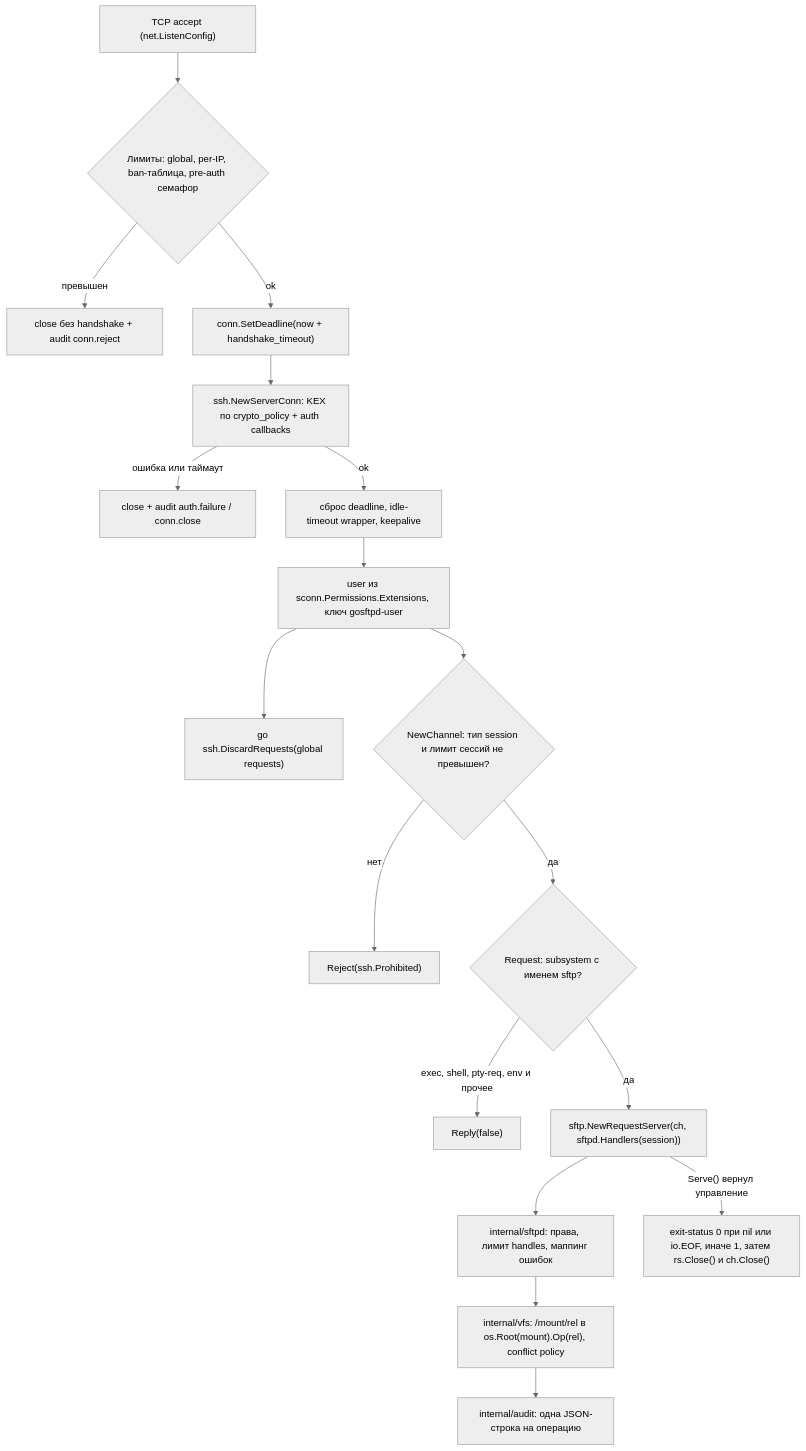
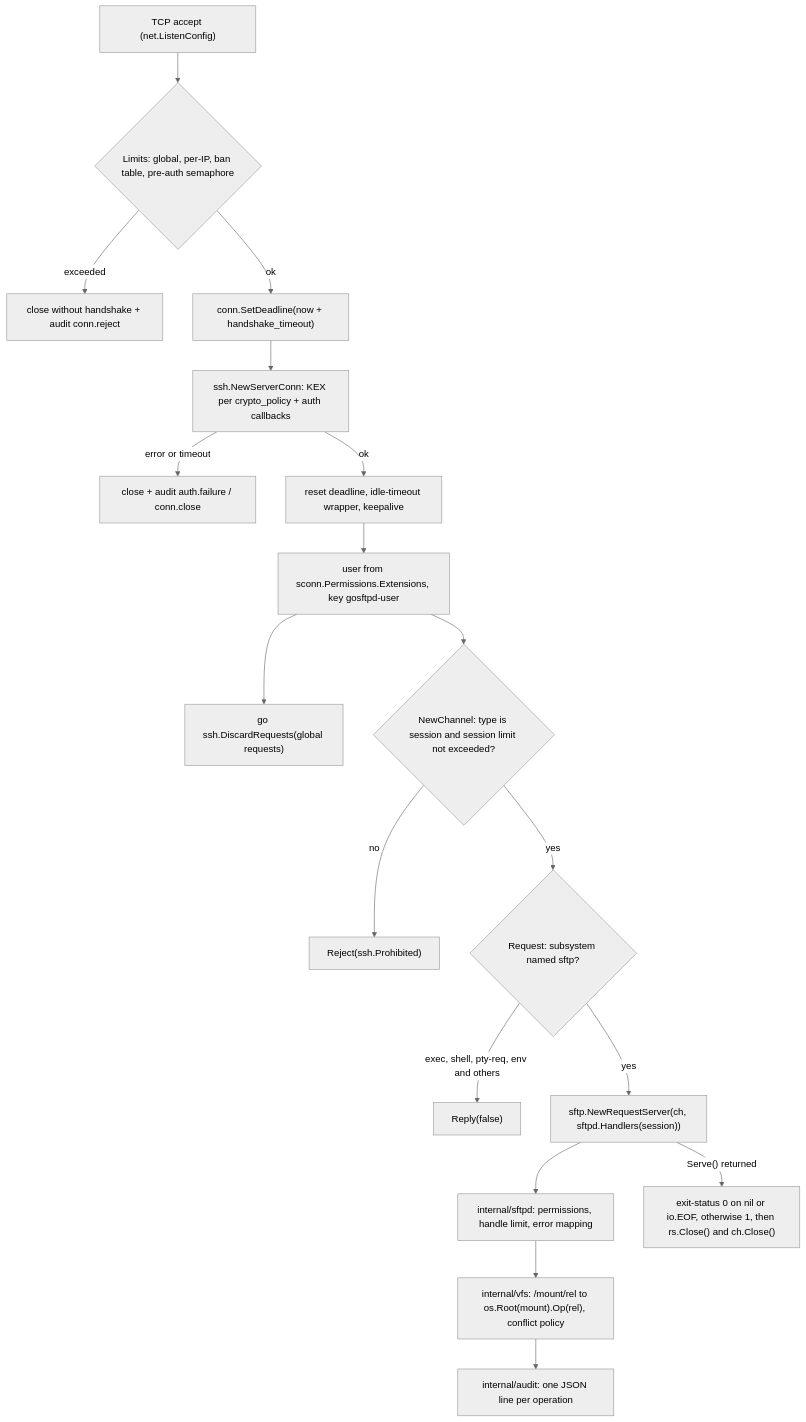
The first of 2 diagrams in ROADMAP.md (o-kolomoiets/Go-SFTP-Server), drawn with Mermaid (neutral theme) before and after one commit. The commit also changed other lines of this file and 1 other file, not shown here.

First line of the commit message:
docs: translate ROADMAP.md and TASKS.md to English

````diff
--- a/ROADMAP.md
+++ b/ROADMAP.md
@@ -189,20 +189,20 @@
 ```mermaid
 flowchart TD
-    A["TCP accept (net.ListenConfig)"] --> B{"Лимиты: global, per-IP, ban-таблица, pre-auth семафор"}
-    B -- "превышен" --> X["close без handshake + audit conn.reject"]
+    A["TCP accept (net.ListenConfig)"] --> B{"Limits: global, per-IP, ban table, pre-auth semaphore"}
+    B -- "exceeded" --> X["close without handshake + audit conn.reject"]
     B -- "ok" --> C["conn.SetDeadline(now + handshake_timeout)"]
-    C --> D["ssh.NewServerConn: KEX по crypto_policy + auth callbacks"]
-    D -- "ошибка или таймаут" --> X2["close + audit auth.failure / conn.close"]
-    D -- "ok" --> E["сброс deadline, idle-timeout wrapper, keepalive"]
-    E --> F["user из sconn.Permissions.Extensions, ключ gosftpd-user"]
+    C --> D["ssh.NewServerConn: KEX per crypto_policy + auth callbacks"]
+    D -- "error or timeout" --> X2["close + audit auth.failure / conn.close"]
+    D -- "ok" --> E["reset deadline, idle-timeout wrapper, keepalive"]
+    E --> F["user from sconn.Permissions.Extensions, key gosftpd-user"]
     F --> G["go ssh.DiscardRequests(global requests)"]
-    F --> H{"NewChannel: тип session и лимит сессий не превышен?"}
-    H -- "нет" --> R["Reject(ssh.Prohibited)"]
-    H -- "да" --> I{"Request: subsystem с именем sftp?"}
-    I -- "exec, shell, pty-req, env и прочее" --> R2["Reply(false)"]
-    I -- "да" --> J["sftp.NewRequestServer(ch, sftpd.Handlers(session))"]
-    J --> K["internal/sftpd: права, лимит handles, маппинг ошибок"]
-    K --> L["internal/vfs: /mount/rel в os.Root(mount).Op(rel), conflict policy"]
-    L --> M["internal/audit: одна JSON-строка на операцию"]
-    J -- "Serve() вернул управление" --> N["exit-status 0 при nil или io.EOF, иначе 1, затем rs.Close() и ch.Close()"]
+    F --> H{"NewChannel: type is session and session limit not exceeded?"}
+    H -- "no" --> R["Reject(ssh.Prohibited)"]
+    H -- "yes" --> I{"Request: subsystem named sftp?"}
+    I -- "exec, shell, pty-req, env and others" --> R2["Reply(false)"]
+    I -- "yes" --> J["sftp.NewRequestServer(ch, sftpd.Handlers(session))"]
+    J --> K["internal/sftpd: permissions, handle limit, error mapping"]
+    K --> L["internal/vfs: /mount/rel to os.Root(mount).Op(rel), conflict policy"]
+    L --> M["internal/audit: one JSON line per operation"]
+    J -- "Serve() returned" --> N["exit-status 0 on nil or io.EOF, otherwise 1, then rs.Close() and ch.Close()"]
 ```
````
